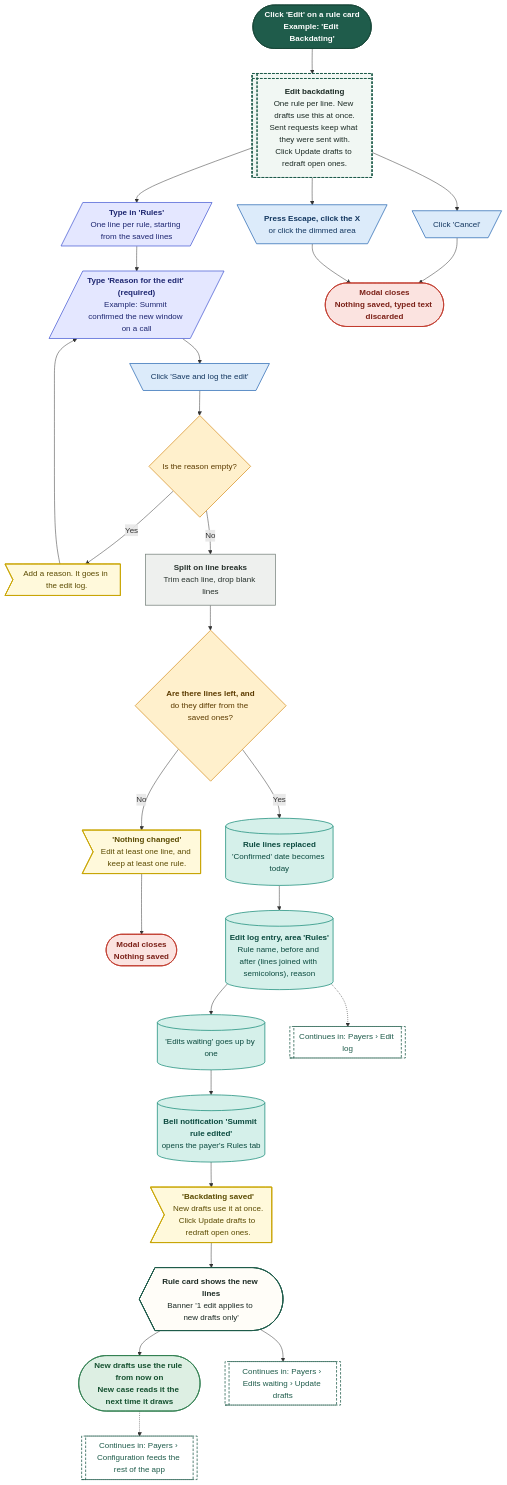
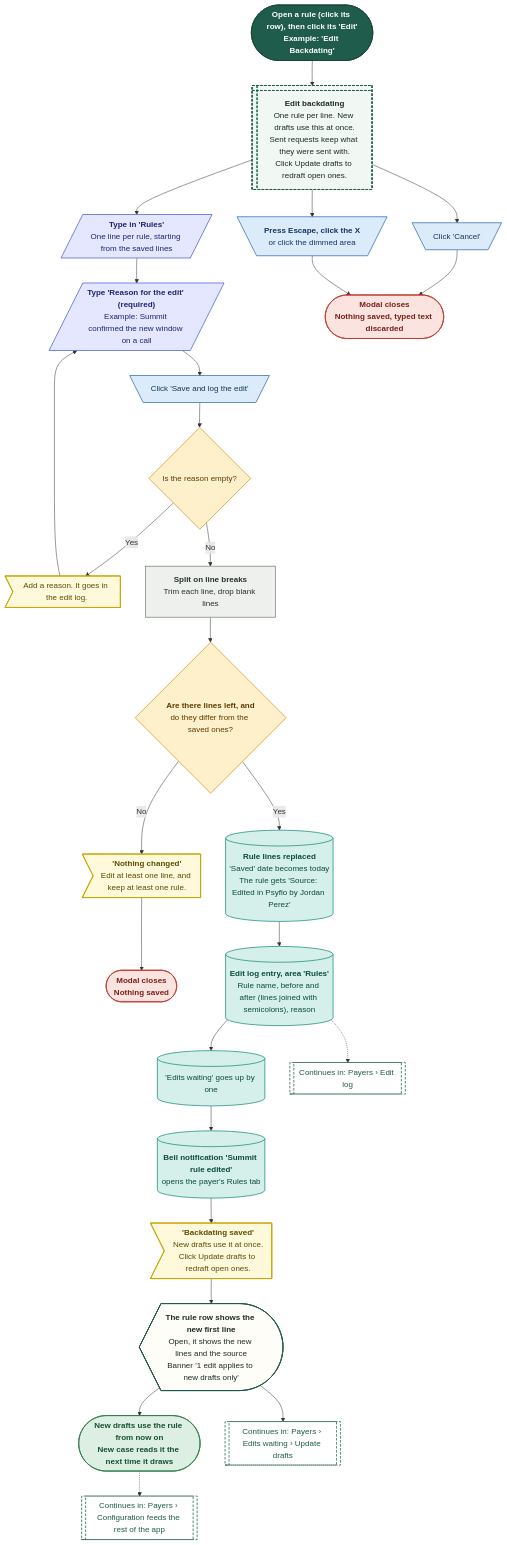
Before and after one commit to Shrav143/psyfloapp: diagram 16 of 26 in demos/prior-auth-demo/workflows/out/md/10-payers.md, drawn with Mermaid. The commit also changed other lines of this file and 192 other files, not shown here.

First line of the commit message:
docs: changelog by sidebar tab; README, diagrams and Settings layout aligned with the refinement; shared InfoTip; referral cost-share line

````diff
--- a/demos/prior-auth-demo/workflows/out/md/10-payers.md
+++ b/demos/prior-auth-demo/workflows/out/md/10-payers.md
@@ -1101,66 +1187,66 @@
 ```mermaid
 %%{init: {"theme":"base","themeVariables":{"fontFamily":"'DM Sans', 'Segoe UI', system-ui, sans-serif","fontSize":"15px","lineColor":"#5B6B63","primaryTextColor":"#1C2B25","clusterBkg":"#FBF8F3","clusterBorder":"#D9CDBB","edgeLabelBackground":"#FFFFFF"},"flowchart":{"curve":"basis","nodeSpacing":36,"rankSpacing":48,"padding":12,"htmlLabels":true,"useMaxWidth":false,"wrappingWidth":230}} }%%
 flowchart TD
   classDef k_start fill:#1F5C4B,stroke:#174638,color:#FFFFFF,stroke-width:1.5px,font-weight:600
   classDef k_end fill:#DDEFE3,stroke:#2E7D4F,color:#14502F,stroke-width:1.5px,font-weight:600
   classDef k_endx fill:#FBE3E0,stroke:#C0392B,color:#7A1F16,stroke-width:1.5px,font-weight:600
   classDef k_screen fill:#FFFDF8,stroke:#1F5C4B,color:#1C2B25,stroke-width:2px
   classDef k_overlay fill:#F1F7F3,stroke:#1F5C4B,color:#1C2B25,stroke-width:2px,stroke-dasharray:5 3
   classDef k_click fill:#DCEBFA,stroke:#2F6DB5,color:#12365F,stroke-width:1.5px
   classDef k_input fill:#E4E7FF,stroke:#4C5FD5,color:#1D2670,stroke-width:1.5px
   classDef k_process fill:#EEF0EE,stroke:#7A857F,color:#26302B,stroke-width:1.5px
   classDef k_agent fill:#EEE5FA,stroke:#7A4FC2,color:#341A63,stroke-width:1.5px
   classDef k_decision fill:#FFF0CC,stroke:#D9962B,color:#5C3B00,stroke-width:1.5px
   classDef k_store fill:#D5F0EA,stroke:#1C8E7B,color:#0B4A3F,stroke-width:1.5px
   classDef k_doc fill:#F6E9DC,stroke:#B07A4C,color:#4A2E14,stroke-width:1.5px
   classDef k_ext fill:#FFE6D2,stroke:#E07B39,color:#6B2F06,stroke-width:1.5px
   classDef k_wait fill:#E4E8EE,stroke:#6B7C93,color:#26303D,stroke-width:1.5px
   classDef k_toast fill:#FFF9DB,stroke:#C9A400,color:#5A4A00,stroke-width:1.5px
   classDef k_goto fill:#FFFFFF,stroke:#1F5C4B,color:#1F5C4B,stroke-width:1.5px,stroke-dasharray:5 3
-  s1@{ shape: stadium, label: "<b>Click 'Edit' on a rule card</b><br/>Example: 'Edit Backdating'" }
+  s1@{ shape: stadium, label: "<b>Open a rule (click its row), then click its 'Edit'</b><br/>Example: 'Edit Backdating'" }
   m@{ shape: win-pane, label: "<b>Edit backdating</b><br/>One rule per line. New drafts use this at once.<br/>Sent requests keep what they were sent with.<br/>Click Update drafts to redraft open ones." }
   i1@{ shape: lean-r, label: "<b>Type in 'Rules'</b><br/>One line per rule, starting from the saved lines" }
   i2@{ shape: lean-r, label: "<b>Type 'Reason for the edit' (required)</b><br/>Example: Summit confirmed the new window on a call" }
   cs@{ shape: trap-t, label: "Click 'Save and log the edit'" }
   d1@{ shape: diam, label: "Is the reason empty?" }
   er@{ shape: odd, label: "Add a reason. It goes in the edit log." }
   tr@{ shape: rect, label: "<b>Split on line breaks</b><br/>Trim each line, drop blank lines" }
   d2@{ shape: diam, label: "<b>Are there lines left, and</b><br/>do they differ from the saved ones?" }
   t0@{ shape: odd, label: "<b>'Nothing changed'</b><br/>Edit at least one line, and keep at least one rule." }
   x0@{ shape: stadium, label: "<b>Modal closes</b><br/>Nothing saved" }
-  st@{ shape: cyl, label: "<b>Rule lines replaced</b><br/>'Confirmed' date becomes today" }
+  st@{ shape: cyl, label: "<b>Rule lines replaced</b><br/>'Saved' date becomes today<br/>The rule gets 'Source: Edited in Psyflo by Jordan Perez'" }
   lg@{ shape: cyl, label: "<b>Edit log entry, area 'Rules'</b><br/>Rule name, before and after (lines joined with semicolons), reason" }
   un@{ shape: cyl, label: "'Edits waiting' goes up by one" }
   nt@{ shape: cyl, label: "<b>Bell notification 'Summit rule edited'</b><br/>opens the payer's Rules tab" }
   t1@{ shape: odd, label: "<b>'Backdating saved'</b><br/>New drafts use it at once.<br/>Click Update drafts to redraft open ones." }
-  bn@{ shape: curv-trap, label: "<b>Rule card shows the new lines</b><br/>Banner '1 edit applies to new drafts only'" }
+  bn@{ shape: curv-trap, label: "<b>The rule row shows the new first line</b><br/>Open, it shows the new lines and the source<br/>Banner '1 edit applies to new drafts only'" }
   e1@{ shape: stadium, label: "<b>New drafts use the rule from now on</b><br/>New case reads it the next time it draws" }
   cx@{ shape: trap-t, label: "Click 'Cancel'" }
   cesc@{ shape: trap-t, label: "<b>Press Escape, click the X</b><br/>or click the dimmed area" }
   x1@{ shape: stadium, label: "<b>Modal closes</b><br/>Nothing saved, typed text discarded" }
   g1@{ shape: subproc, label: "Continues in: Payers › Edits waiting › Update drafts" }
   g2@{ shape: subproc, label: "Continues in: Payers › Configuration feeds the rest of the app" }
   g3@{ shape: subproc, label: "Continues in: Payers › Edit log" }
   s1 --> m --> i1 --> i2 --> cs --> d1
   d1 -->|"Yes"| er --> i2
   d1 -->|"No"| tr --> d2
   d2 -->|"No"| t0 --> x0
   d2 -->|"Yes"| st --> lg --> un --> nt --> t1 --> bn --> e1
   bn --> g1
   e1 -.-> g2
   lg -.-> g3
   m --> cx --> x1
   m --> cesc --> x1
   class s1 k_start
   class m k_overlay
   class i1,i2 k_input
   class cs,cx,cesc k_click
   class d1,d2 k_decision
   class er,t0,t1 k_toast
   class tr k_process
   class x0,x1 k_endx
   class st,lg,un,nt k_store
   class bn k_screen
   class e1 k_end
   class g1,g2,g3 k_goto
 ```
````
